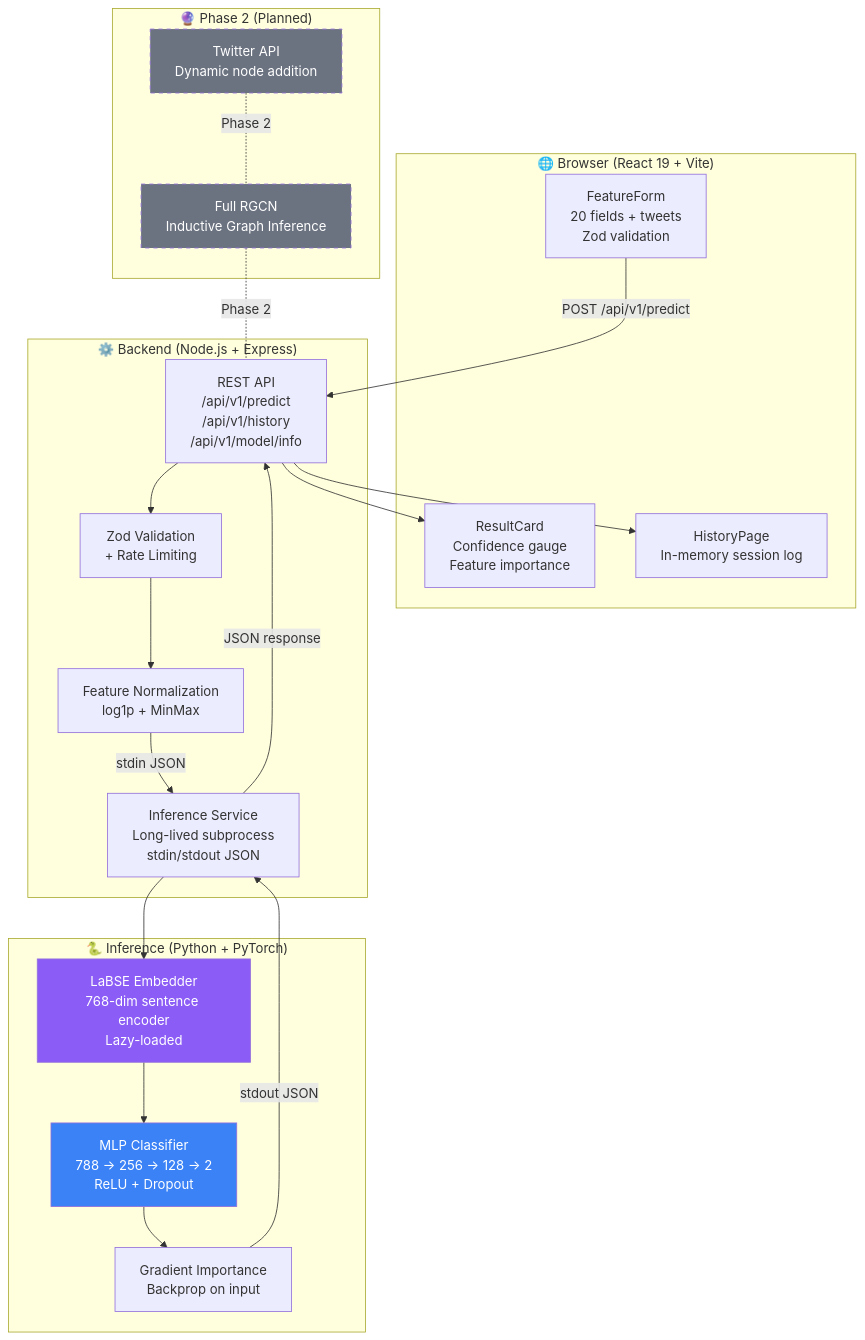
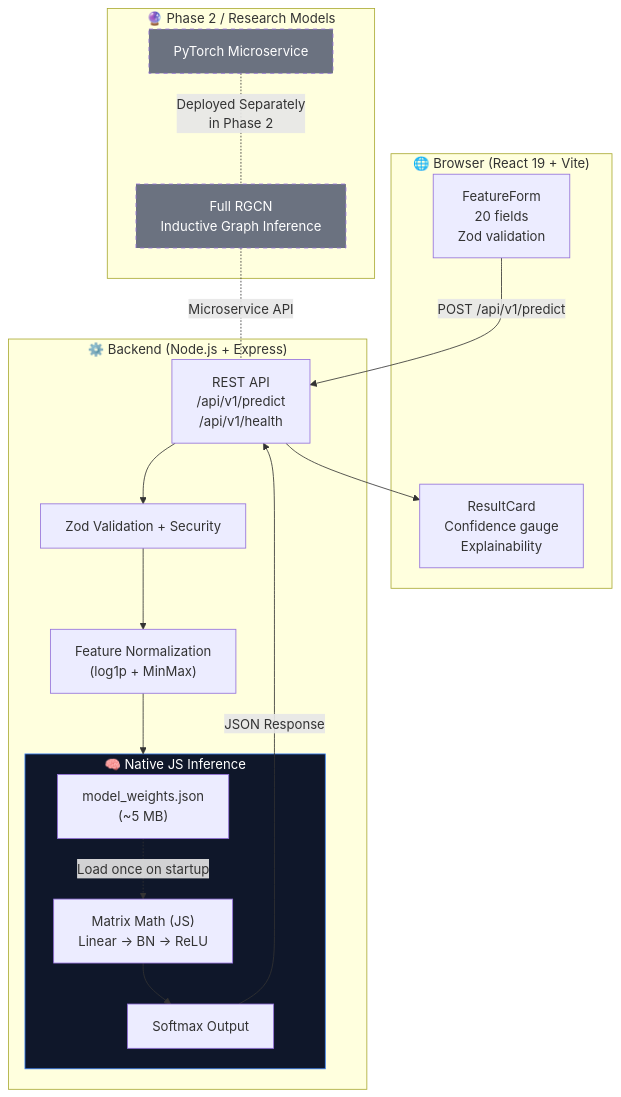
One commit to Arihant0008/MGTAB-Fake-profile-detection changed the diagram in README.md. Above: the diagram before and after it, drawn with Mermaid. The commit also changed other lines of this file, not shown here.

Commit message:
docs: Update README with deep architecture details and pure JS design

````diff
--- a/README.md
+++ b/README.md
@@ -69,43 +68,38 @@
 ```mermaid
 graph TB
     subgraph Browser["🌐 Browser (React 19 + Vite)"]
-        Form["FeatureForm\n20 fields + tweets\nZod validation"]
-        Result["ResultCard\nConfidence gauge\nFeature importance"]
-        History["HistoryPage\nIn-memory session log"]
+        Form["FeatureForm\n20 fields\nZod validation"]
+        Result["ResultCard\nConfidence gauge\nExplainability"]
     end
 
     subgraph Backend["⚙️ Backend (Node.js + Express)"]
-        API["REST API\n/api/v1/predict\n/api/v1/history\n/api/v1/model/info"]
-        Valid["Zod Validation\n+ Rate Limiting"]
-        Norm["Feature Normalization\nlog1p + MinMax"]
-        InfSvc["Inference Service\nLong-lived subprocess\nstdin/stdout JSON"]
+        API["REST API\n/api/v1/predict\n/api/v1/health"]
+        Valid["Zod Validation + Security"]
+        Norm["Feature Normalization\n(log1p + MinMax)"]
+        
+        subgraph NativeML["🧠 Native JS Inference"]
+            JSON["model_weights.json\n(~5 MB)"]
+            Math["Matrix Math (JS)\nLinear → BN → ReLU"]
+            Softmax["Softmax Output"]
+        end
     end
 
-    subgraph Inference["🐍 Inference (Python + PyTorch)"]
-        MLP["MLP Classifier\n788 → 256 → 128 → 2\nReLU + Dropout"]
-        LaBSE["LaBSE Embedder\n768-dim sentence encoder\nLazy-loaded"]
-        Grad["Gradient Importance\nBackprop on input"]
-    end
-
-    subgraph Future["🔮 Phase 2 (Planned)"]
+    subgraph Future["🔮 Phase 2 / Research Models"]
         RGCN["Full RGCN\nInductive Graph Inference"]
-        GraphAPI["Twitter API\nDynamic node addition"]
+        Python["PyTorch Microservice"]
     end
 
     Form -->|"POST /api/v1/predict"| API
-    API --> Valid --> Norm
-    Norm -->|"stdin JSON"| InfSvc
-    InfSvc --> LaBSE --> MLP --> Grad
-    Grad -->|"stdout JSON"| InfSvc
-    InfSvc -->|"JSON response"| API
+    API --> Valid --> Norm --> NativeML
+    JSON -.->|"Load once on startup"| Math
+    Math --> Softmax
+    Softmax -->|"JSON Response"| API
     API --> Result
-    API --> History
 
-    RGCN -.-|"Phase 2"| API
-    GraphAPI -.-|"Phase 2"| RGCN
+    Python -.-|"Deployed Separately\nin Phase 2"| RGCN
+    RGCN -.-|"Microservice API"| API
 
-    style MLP fill:#3b82f6,color:#fff
-    style LaBSE fill:#8b5cf6,color:#fff
+    style NativeML fill:#0f172a,color:#fff,stroke:#3b82f6
     style RGCN fill:#6b7280,color:#fff,stroke-dasharray:5 5
-    style GraphAPI fill:#6b7280,color:#fff,stroke-dasharray:5 5
+    style Python fill:#6b7280,color:#fff,stroke-dasharray:5 5
 ```
````
